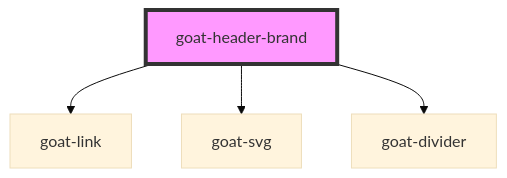
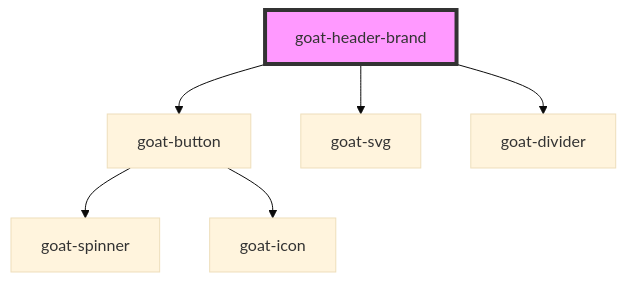
One commit to goatui/components changed the diagram in src/components/application/header/header-brand/readme.md. Above: the diagram before and after it, drawn with Mermaid (base theme). The commit also changed other lines of this file and 7 other files, not shown here.

````diff
--- a/src/components/application/header/header-brand/readme.md
+++ b/src/components/application/header/header-brand/readme.md
@@ -28,7 +46,9 @@
 ```mermaid
 graph TD;
-  goat-header-brand --> goat-link
+  goat-header-brand --> goat-button
   goat-header-brand --> goat-svg
   goat-header-brand --> goat-divider
+  goat-button --> goat-spinner
+  goat-button --> goat-icon
   style goat-header-brand fill:#f9f,stroke:#333,stroke-width:4px
 ```
````
